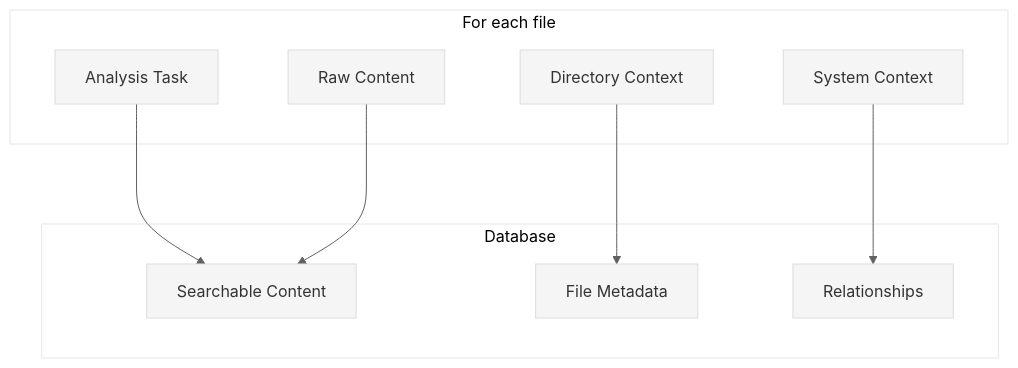
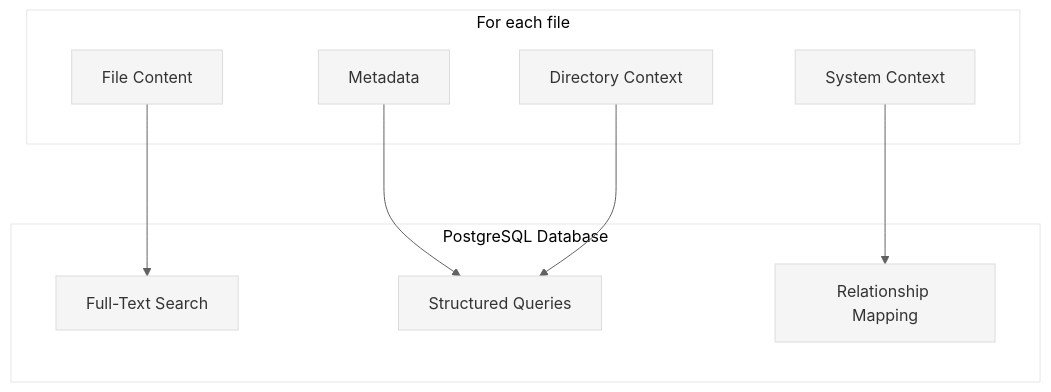
Before and after one commit to that-in-rust/pensieve-local-llm-server: the third of 3 diagrams in README.md, drawn with Mermaid. The commit also changed other lines of this file and 3 other files, not shown here.

````diff
--- a/README.md
+++ b/README.md
@@ -197,39 +196,39 @@
 ```mermaid
 %%{init: {
   "theme": "base",
   "themeVariables": {
     "primaryColor": "#F5F5F5",
     "secondaryColor": "#E0E0E0",
     "lineColor": "#616161",
     "textColor": "#212121",
     "fontSize": "16px",
     "fontFamily": "Helvetica, Arial, sans-serif"
   },
   "flowchart": {
     "nodeSpacing": 70,
     "rankSpacing": 80,
     "wrappingWidth": 160,
     "curve": "basis"
   },
   "useMaxWidth": false
 }}%%
 
 flowchart TD
     subgraph "For each file"
-        A[Analysis Task]
-        B[Raw Content]
+        A[File Content]
+        B[Metadata]
         C[Directory Context]
         D[System Context]
     end
     
-    subgraph "Database"
-        E[Searchable Content]
-        F[File Metadata]
-        G[Relationships]
+    subgraph "PostgreSQL Database"
+        E[Full-Text Search]
+        F[Structured Queries]
+        G[Relationship Mapping]
     end
     
     A --> E
-    B --> E
+    B --> F
     C --> F
     D --> G
 ```
````
